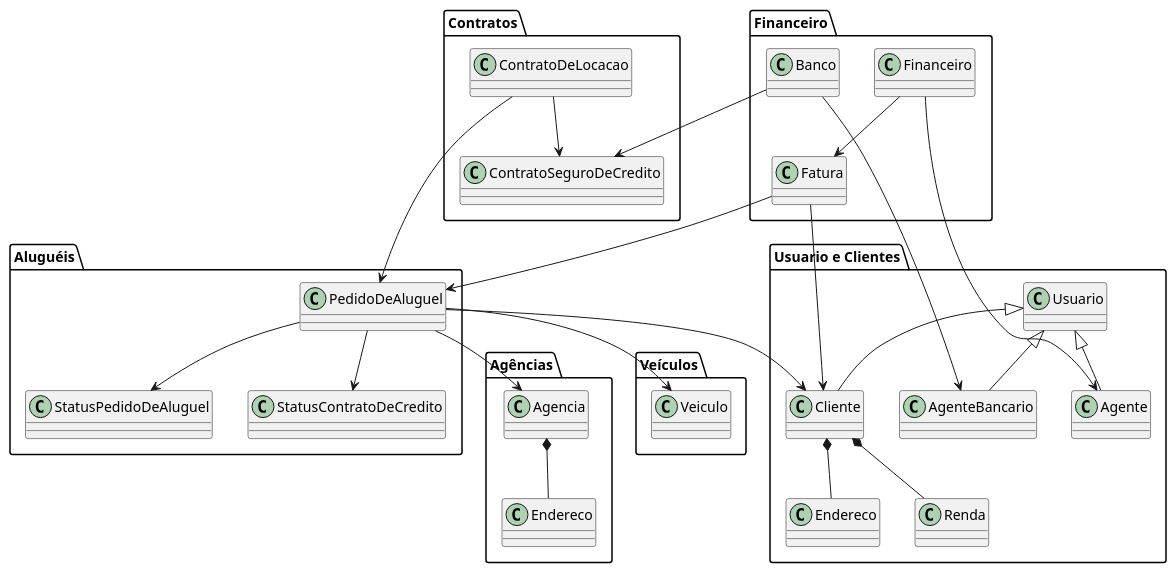
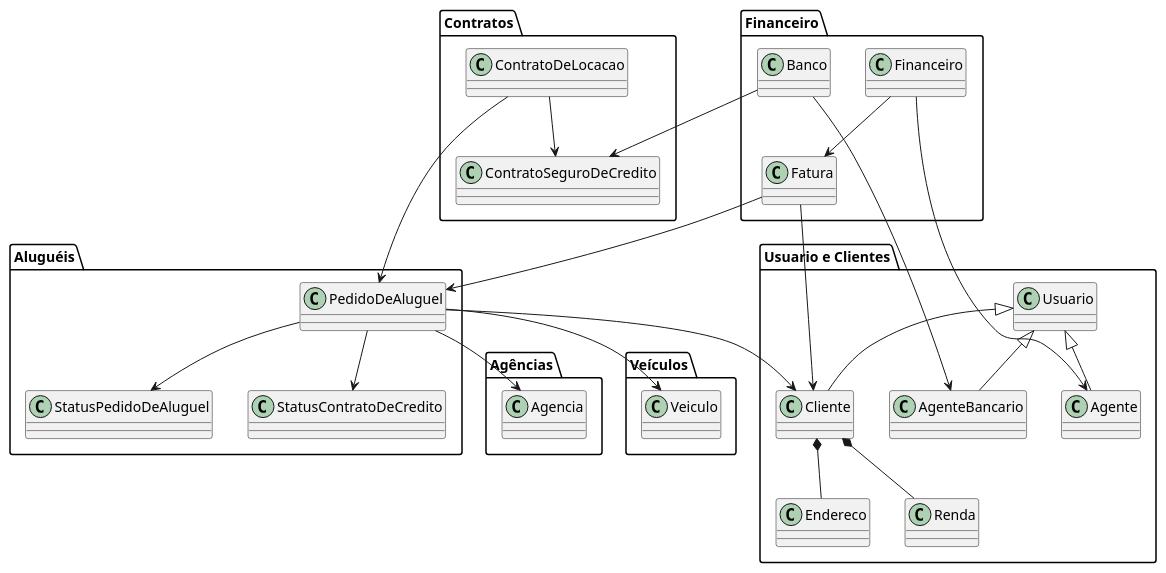
Before and after one commit to software-engineering-graduation/sistema_aluguel_carros-lds2024: the diagram in projeto/diagrama_de_pacotes.puml, drawn with PlantUML.

```diff
--- a/projeto/diagrama_de_pacotes.puml
+++ b/projeto/diagrama_de_pacotes.puml
@@ -1,61 +1,59 @@
 @startuml
 
 package "Usuario e Clientes" {
     class Usuario
     class Cliente
     class Endereco
     class Renda
     class Agente
     class AgenteBancario
 
     Cliente *-- Endereco
     Cliente *-- Renda
 }
 
 package "Agências" {
     class Agencia
-    class Endereco
 
-    Agencia *-- Endereco
 }
 
 package "Veículos" {
     class Veiculo
 }
 
 package "Aluguéis" {
     class PedidoDeAluguel
 
     PedidoDeAluguel --> Cliente
     PedidoDeAluguel --> Agencia
     PedidoDeAluguel --> Veiculo
     PedidoDeAluguel --> StatusPedidoDeAluguel
     PedidoDeAluguel --> StatusContratoDeCredito
 }
 
 package "Contratos" {
     class ContratoDeLocacao
     class ContratoSeguroDeCredito
 
     ContratoDeLocacao --> PedidoDeAluguel
     ContratoDeLocacao --> ContratoSeguroDeCredito
 }
 
 package "Financeiro" {
     class Financeiro
     class Fatura
     class Banco
 
     Financeiro --> Fatura
     Fatura --> Cliente
     Fatura --> PedidoDeAluguel
     Financeiro --> Agente
     Banco --> ContratoSeguroDeCredito
     Banco --> AgenteBancario
 }
 
 Usuario <|-- Agente
 Usuario <|-- Cliente
 Usuario <|-- AgenteBancario
 
 @enduml
```
